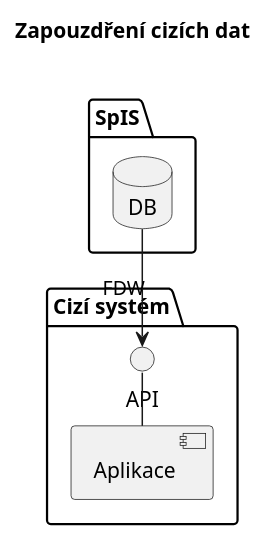
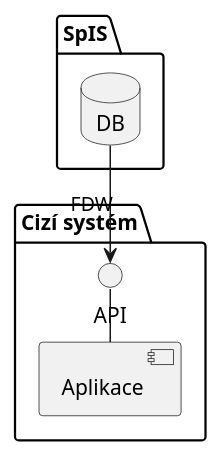
Diagram 11 of 11 in doc/technicka-specifikace.adoc (techlib/spis), drawn with PlantUML before and after one commit. The commit also changed other lines of this file, not shown here.

```diff
--- a/doc/technicka-specifikace.adoc
+++ b/doc/technicka-specifikace.adoc
@@ -620,19 +633,18 @@
 [plantuml,align="center"]
 ....
 @startuml
 left to right direction
-title Zapouzdření cizích dat\n
 
 package "SpIS" {
   database "DB" as db1
 }
 
 package "Cizí systém" {
   component "Aplikace" as app2
   () API as api2
   app2 - api2
 }
 
 db1 -> api2: FDW
 @enduml
 ....
```
